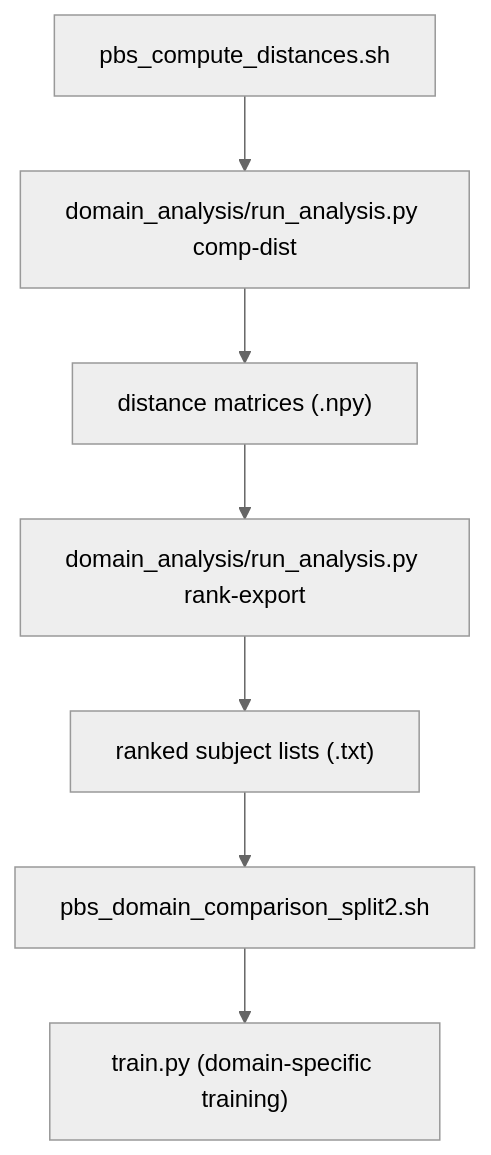
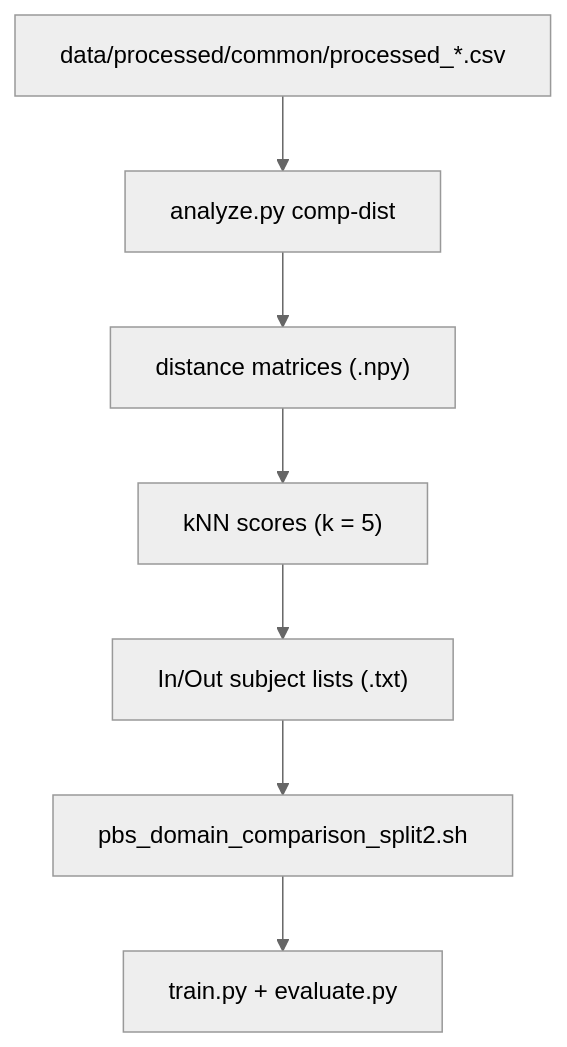
Before and after one commit to YutaroNakagama/vehicle_based_DDD_comparison: the diagram in docs/architecture/domain_generalization.md, drawn with Mermaid (neutral theme). The commit also changed other lines of this file and 8 other files, not shown here.

````diff
--- a/docs/architecture/domain_generalization.md
+++ b/docs/architecture/domain_generalization.md
@@ -27,9 +28,9 @@
 ```mermaid
 graph TD
-  A["pbs_compute_distances.sh"] --> B["domain_analysis/run_analysis.py comp-dist"]
+  A["data/processed/common/processed_*.csv"] --> B["analyze.py comp-dist"]
   B --> C["distance matrices (.npy)"]
-  C --> D["domain_analysis/run_analysis.py rank-export"]
-  D --> E["ranked subject lists (.txt)"]
+  C --> D["kNN scores (k = 5)"]
+  D --> E["In/Out subject lists (.txt)"]
   E --> F["pbs_domain_comparison_split2.sh"]
-  F --> G["train.py (domain-specific training)"]
+  F --> G["train.py + evaluate.py"]
 ```
````
